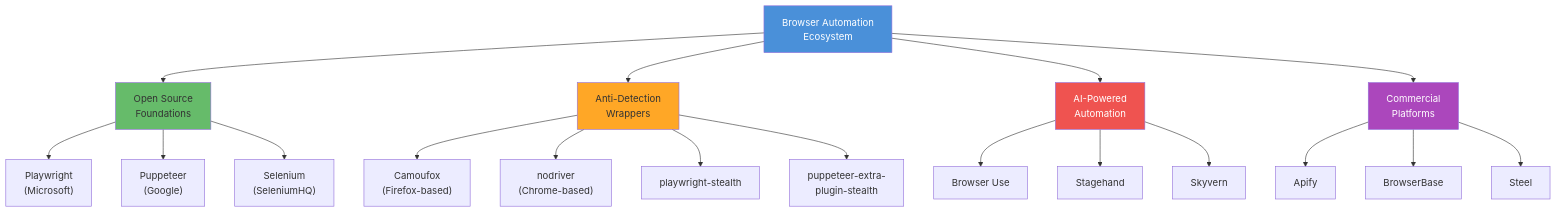
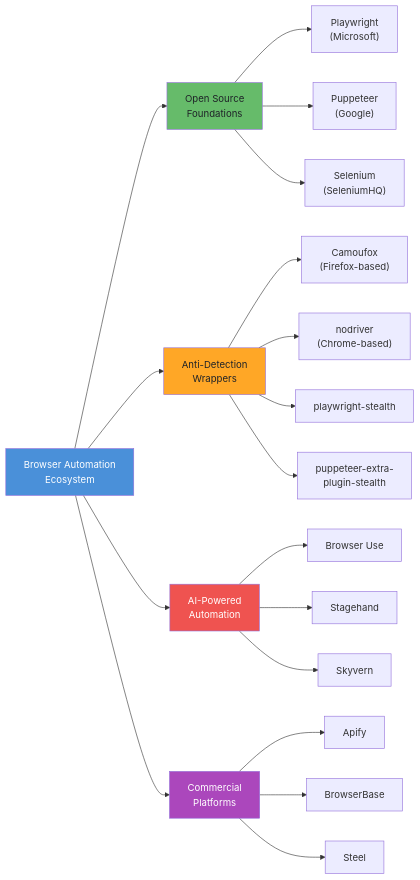
Before and after one commit to bytetunnels/bytetunnels.github.com: the third of 7 diagrams in _posts/2026-02-10-web-scraping-industry-2026-market-size-trends.md, drawn with Mermaid. The commit also changed other lines of this file and 118 other files, not shown here.

Commit message:
feat: improve diagram styling and compact wide flowcharts

````diff
--- a/_posts/2026-02-10-web-scraping-industry-2026-market-size-trends.md
+++ b/_posts/2026-02-10-web-scraping-industry-2026-market-size-trends.md
@@ -152,30 +152,30 @@
 ```mermaid
-flowchart TD
-    A["Browser Automation<br>Ecosystem"] --> B["Open Source<br>Foundations"]
-    A --> C["Anti-Detection<br>Wrappers"]
-    A --> D["AI-Powered<br>Automation"]
-    A --> E["Commercial<br>Platforms"]
+flowchart LR
+    A["Browser Automation<br/>Ecosystem"] --> B["Open Source<br/>Foundations"]
+    A --> C["Anti-Detection<br/>Wrappers"]
+    A --> D["AI-Powered<br/>Automation"]
+    A --> E["Commercial<br/>Platforms"]
 
-    B --> B1["Playwright<br>(Microsoft)"]
-    B --> B2["Puppeteer<br>(Google)"]
-    B --> B3["Selenium<br>(SeleniumHQ)"]
+    B --> B1["Playwright<br/>(Microsoft)"]
+    B --> B2["Puppeteer<br/>(Google)"]
+    B --> B3["Selenium<br/>(SeleniumHQ)"]
 
-    C --> C1["Camoufox<br>(Firefox-based)"]
-    C --> C2["nodriver<br>(Chrome-based)"]
+    C --> C1["Camoufox<br/>(Firefox-based)"]
+    C --> C2["nodriver<br/>(Chrome-based)"]
     C --> C3["playwright-stealth"]
-    C --> C4["puppeteer-extra-<br>plugin-stealth"]
+    C --> C4["puppeteer-extra-<br/>plugin-stealth"]
 
     D --> D1["Browser Use"]
     D --> D2["Stagehand"]
     D --> D3["Skyvern"]
 
     E --> E1["Apify"]
     E --> E2["BrowserBase"]
     E --> E3["Steel"]
 
     style A fill:#4a90d9,color:#fff
-    style B fill:#66bb6a
-    style C fill:#ffa726
+    style B fill:#66bb6a,color:#1f2328
+    style C fill:#ffa726,color:#1f2328
     style D fill:#ef5350,color:#fff
     style E fill:#ab47bc,color:#fff
 ```
````
